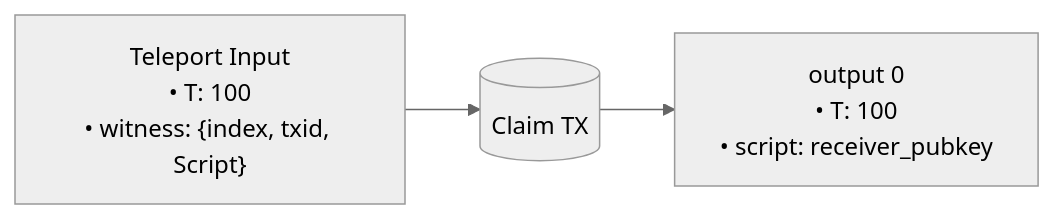
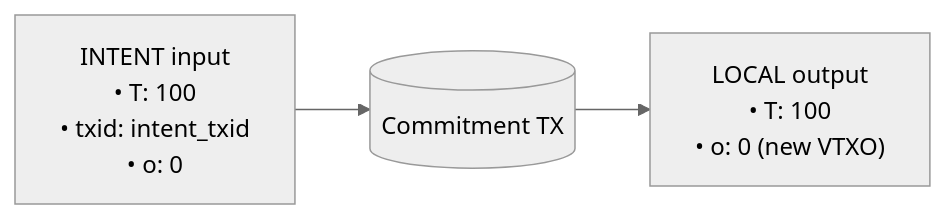
One commit to ArkLabsHQ/arkade-assets changed the ninth of 12 diagrams in examples.md. Above: the diagram before and after it, drawn with Mermaid (neutral theme). The commit also changed other lines of this file and 4 other files, not shown here.

````diff
--- a/examples.md
+++ b/examples.md
@@ -419,7 +418,6 @@
 ```mermaid
 flowchart LR
-  ClaimTX[(Claim TX)]
-  i_teleport["Teleport Input<br/>• T: 100<br/>• witness: {index, txid, Script}"] --> ClaimTX
-  ClaimTX --> o0["output 0<br/>• T: 100<br/>• script: receiver_pubkey"]
-
+  CommitTX[(Commitment TX)]
+  i_intent["INTENT input<br/>• T: 100<br/>• txid: intent_txid<br/>• o: 0"] --> CommitTX
+  CommitTX --> o0["LOCAL output<br/>• T: 100<br/>• o: 0 (new VTXO)"]
 ```
````
